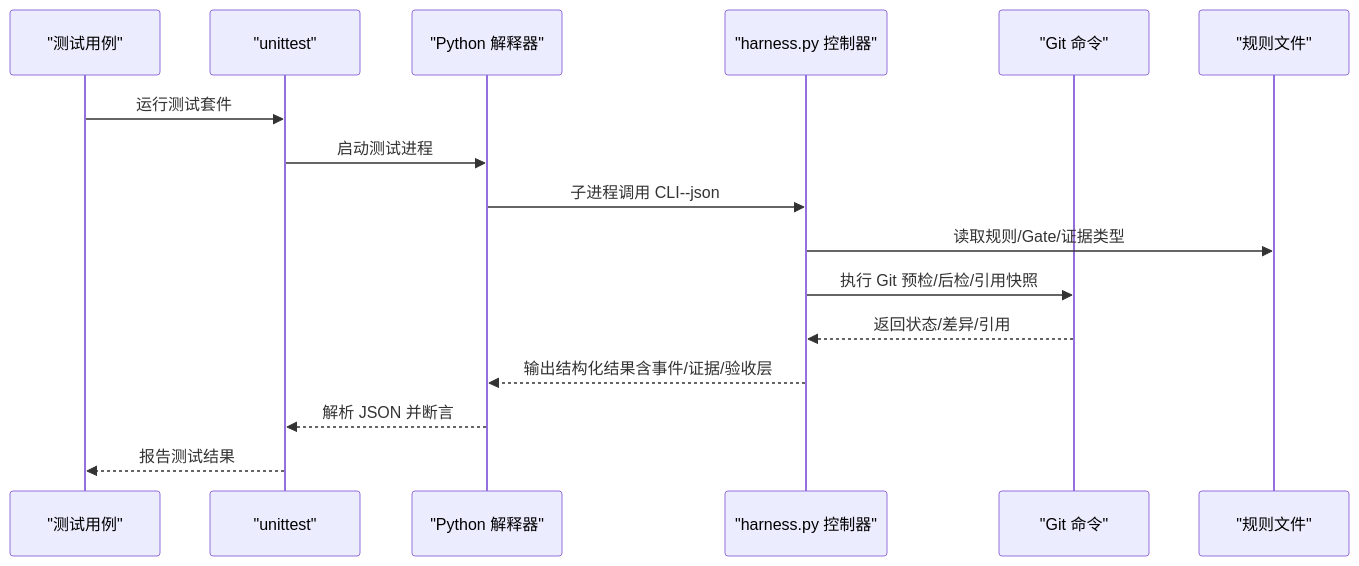
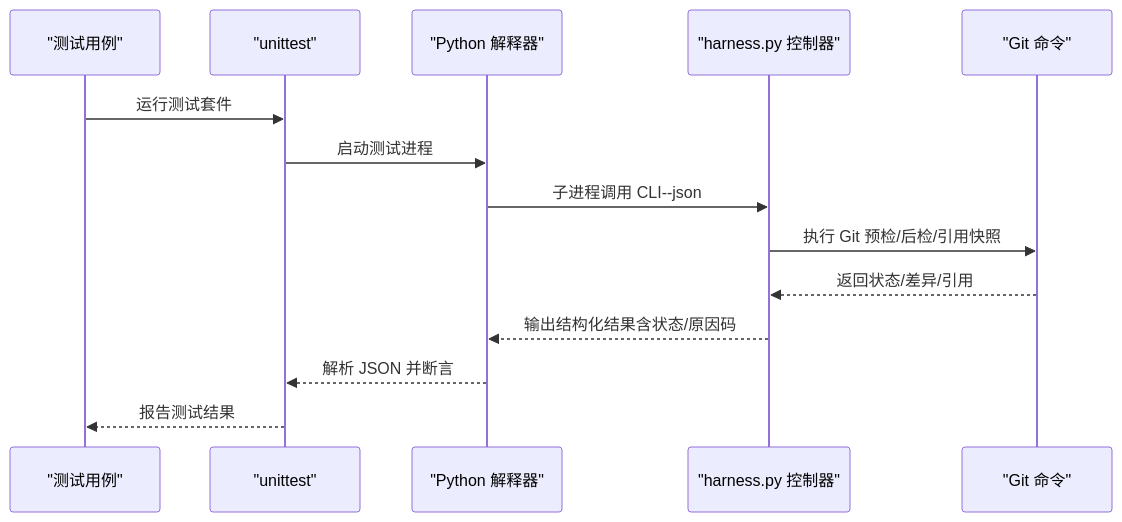
Before and after one commit to HackSing/docs-harness: the second of 4 diagrams in .qoder/repowiki/zh/content/开发者指南/测试策略.md, drawn with Mermaid. The commit also changed other lines of this file and 42 other files, not shown here.

````diff
--- a/.qoder/repowiki/zh/content/开发者指南/测试策略.md
+++ b/.qoder/repowiki/zh/content/开发者指南/测试策略.md
@@ -80,18 +81,16 @@
 ```mermaid
 sequenceDiagram
 participant T as "测试用例"
 participant U as "unittest"
 participant P as "Python 解释器"
 participant H as "harness.py 控制器"
 participant G as "Git 命令"
-participant R as "规则文件"
 T->>U : 运行测试套件
 U->>P : 启动测试进程
 P->>H : 子进程调用 CLI--json
-H->>R : 读取规则/Gate/证据类型
 H->>G : 执行 Git 预检/后检/引用快照
 G-->>H : 返回状态/差异/引用
-H-->>P : 输出结构化结果含事件/证据/验收层
+H-->>P : 输出结构化结果含状态/原因码
 P-->>U : 解析 JSON 并断言
 U-->>T : 报告测试结果
 ```
````
